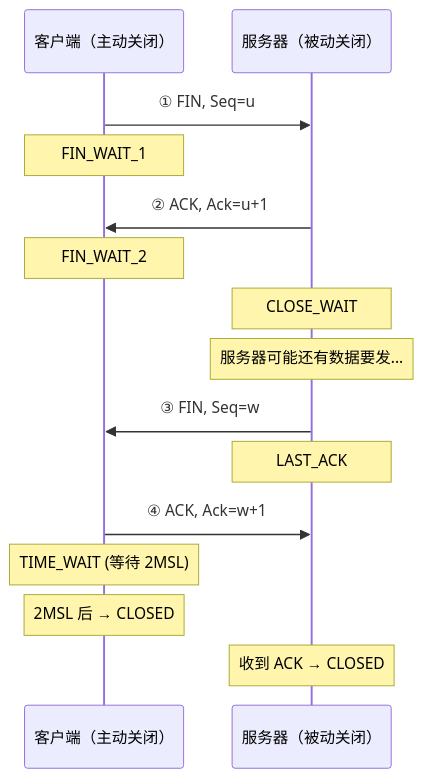
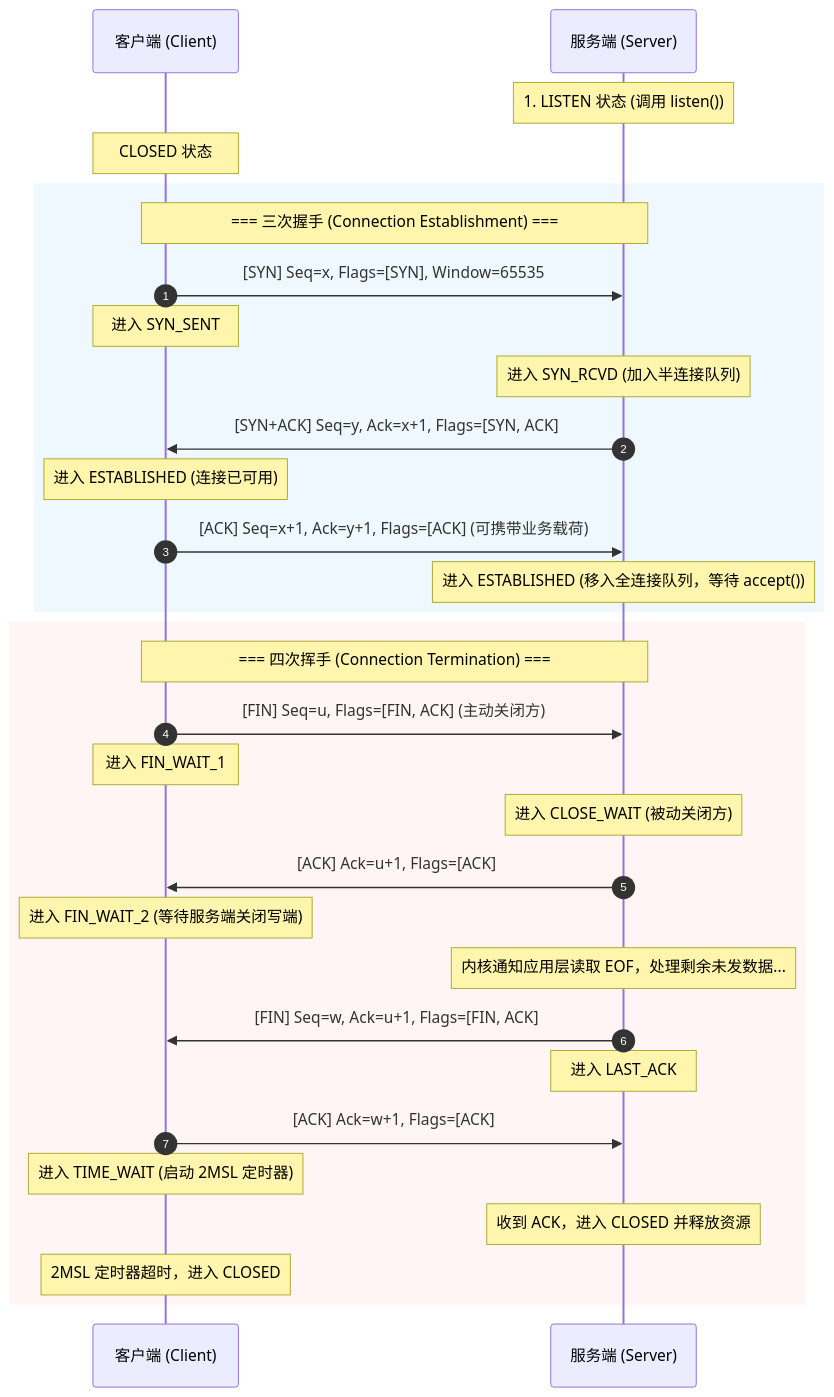
One commit to Lumivers/firefly changed the first of 5 diagrams in src/content/posts/network/02_tcp.md. Above: the diagram before and after it, drawn with Mermaid. The commit also changed other lines of this file and 18 other files, not shown here.

````diff
--- a/src/content/posts/network/02_tcp.md
+++ b/src/content/posts/network/02_tcp.md
@@ -95,23 +73,36 @@
 ```mermaid
 sequenceDiagram
-    participant C as 客户端（主动关闭）
-    participant S as 服务器（被动关闭）
+    autonumber
+    participant C as 客户端 (Client)
+    participant S as 服务端 (Server)
 
-    C->>S: ① FIN, Seq=u
-    Note over C: FIN_WAIT_1
+    Note over S: 1. LISTEN 状态 (调用 listen())
+    Note over C: CLOSED 状态
+    
+    rect rgb(240, 248, 255)
+        Note over C,S: === 三次握手 (Connection Establishment) ===
+        C->>S: [SYN] Seq=x, Flags=[SYN], Window=65535
+        Note over C: 进入 SYN_SENT
+        Note over S: 进入 SYN_RCVD (加入半连接队列)
+        S->>C: [SYN+ACK] Seq=y, Ack=x+1, Flags=[SYN, ACK]
+        Note over C: 进入 ESTABLISHED (连接已可用)
+        C->>S: [ACK] Seq=x+1, Ack=y+1, Flags=[ACK] (可携带业务载荷)
+        Note over S: 进入 ESTABLISHED (移入全连接队列，等待 accept())
+    end
 
-    S->>C: ② ACK, Ack=u+1
-    Note over C: FIN_WAIT_2
-    Note over S: CLOSE_WAIT
-
-    Note over S: 服务器可能还有数据要发...
-
-    S->>C: ③ FIN, Seq=w
-    Note over S: LAST_ACK
-
-    C->>S: ④ ACK, Ack=w+1
-    Note over C: TIME_WAIT (等待 2MSL)
-
-    Note over C: 2MSL 后 → CLOSED
-    Note over S: 收到 ACK → CLOSED
+    rect rgb(255, 245, 245)
+        Note over C,S: === 四次挥手 (Connection Termination) ===
+        C->>S: [FIN] Seq=u, Flags=[FIN, ACK] (主动关闭方)
+        Note over C: 进入 FIN_WAIT_1
+        Note over S: 进入 CLOSE_WAIT (被动关闭方)
+        S->>C: [ACK] Ack=u+1, Flags=[ACK]
+        Note over C: 进入 FIN_WAIT_2 (等待服务端关闭写端)
+        Note over S: 内核通知应用层读取 EOF，处理剩余未发数据...
+        S->>C: [FIN] Seq=w, Ack=u+1, Flags=[FIN, ACK]
+        Note over S: 进入 LAST_ACK
+        C->>S: [ACK] Ack=w+1, Flags=[ACK]
+        Note over C: 进入 TIME_WAIT (启动 2MSL 定时器)
+        Note over S: 收到 ACK，进入 CLOSED 并释放资源
+        Note over C: 2MSL 定时器超时，进入 CLOSED
+    end
 ```
````
